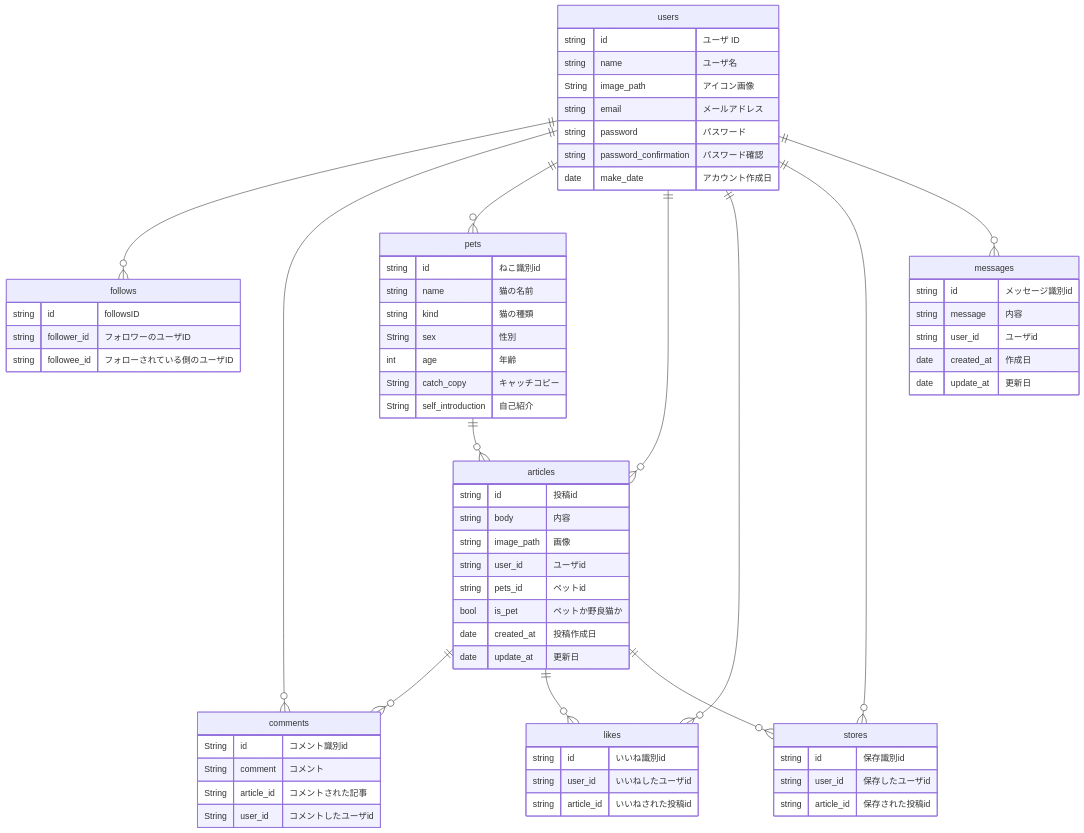
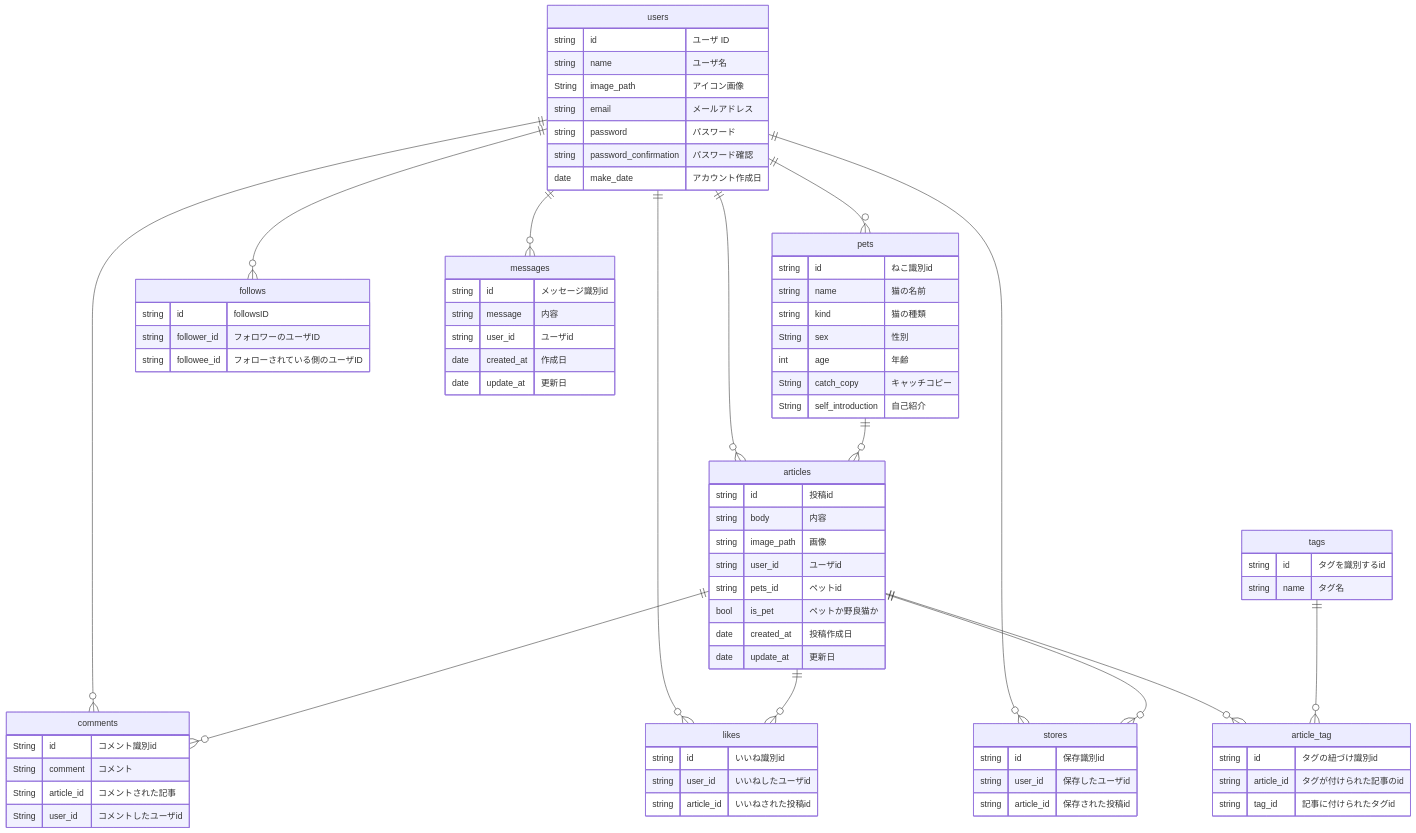
Before and after one commit to taichi-watanabe/cat-sns-app: the diagram in mermaid.md, drawn with Mermaid.

Commit message:
mermaidパラメータ追加

```diff
--- a/mermaid.md
+++ b/mermaid.md
@@ -56,6 +56,17 @@
         date update_at "更新日"
     }
 
+    article_tag {
+        string id "タグの紐づけ識別id"
+        string article_id "タグが付けられた記事のid"
+    　　 string tag_id "記事に付けられたタグid"
+    }
+
+    tags {
+        string id "タグを識別するid"
+        string name "タグ名"
+    }
+
     messages {
         string id "メッセージ識別id"
         string message "内容"
@@ -79,5 +90,7 @@
     articles ||--o{ comments : ""
     articles ||--o{ likes : ""
     articles ||--o{ stores : ""
+    articles ||--o{ article_tag : ""
+    tags ||--o{ article_tag : ""
 
 :::
```
